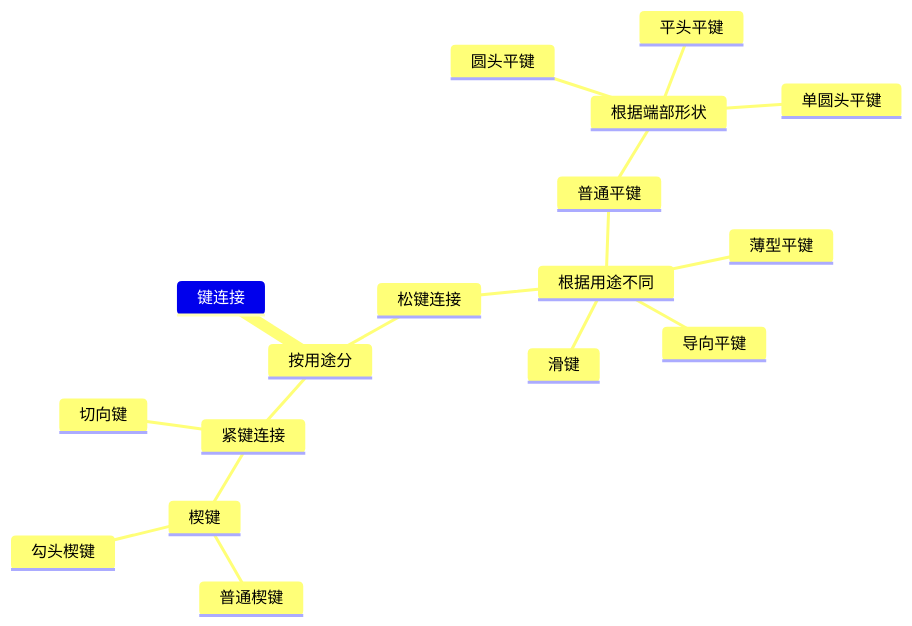
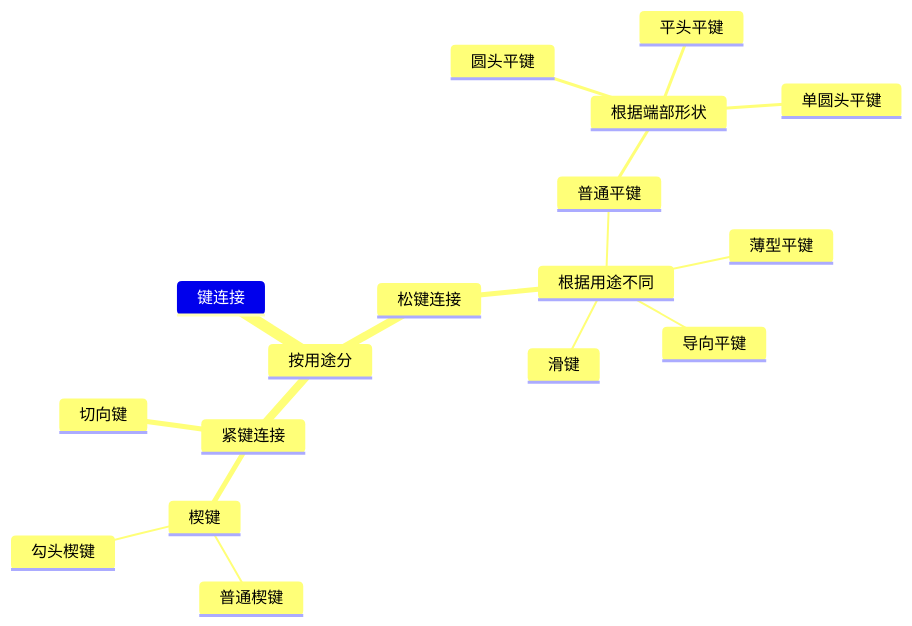
The fourth of 6 diagrams in 机械设计期末复习/机械设计期末复习.md (chanvstone/course-notes), drawn with Mermaid before and after one commit. The commit also changed other lines of this file, not shown here.

````diff
--- a/机械设计期末复习/机械设计期末复习.md
+++ b/机械设计期末复习/机械设计期末复习.md
@@ -208,20 +206,20 @@
 ```mermaid
 mindmap
-	键连接
-        按用途分
-            松键连接
-                根据用途不同
-                    普通平键
-                        根据端部形状
-                            圆头平键
-                            平头平键
-                            单圆头平键
-                    薄型平键
-                    导向平键
-                    滑键
-            紧键连接
-                楔键
-                	普通楔键
-                	勾头楔键
-                切向键
+键连接
+	按用途分
+		松键连接
+			根据用途不同
+				普通平键
+					根据端部形状
+						圆头平键
+						平头平键
+						单圆头平键
+				薄型平键
+				导向平键
+				滑键
+		紧键连接
+			楔键
+				普通楔键
+				勾头楔键
+			切向键
 ```
````
